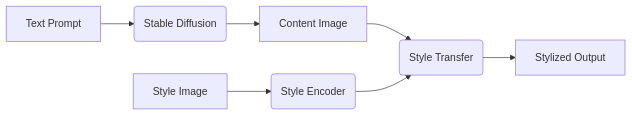
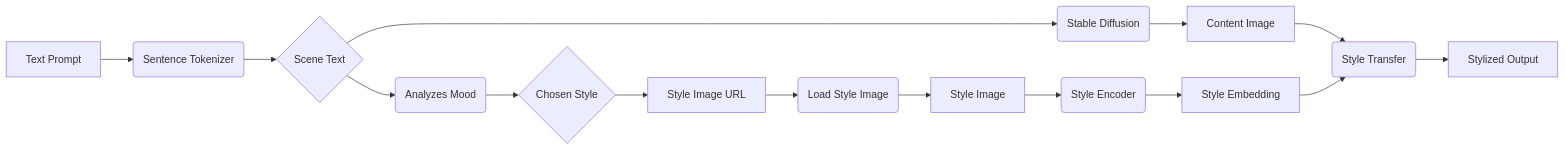
The second of 3 diagrams in Documentation.md (OutstandingWork/Neural-Style-Transfer), drawn with Mermaid before and after one commit. The commit also changed other lines of this file, not shown here.

````diff
--- a/Documentation.md
+++ b/Documentation.md
@@ -242,9 +242,18 @@
 ```mermaid
 graph LR
-    A[Text Prompt] --> B(Stable Diffusion)
-    B --> C[Content Image]
-    D[Style Image] --> E(Style Encoder)
-    C --> F(Style Transfer)
-    E --> F
-    F --> G[Stylized Output]
+    A[Text Prompt] --> B(Sentence Tokenizer)
+    B --> C{Scene Text}
+    C --> D(Analyzes Mood)
+    D --> E{Chosen Style}
+    E --> F[Style Image URL]
+    F --> G(Load Style Image)
+    G --> H[Style Image]
+    H --> I(Style Encoder)
+    I --> J[Style Embedding]
+    C --> K(Stable Diffusion)
+    K --> L[Content Image]
+    L --> M(Style Transfer)
+    J --> M
+    M --> N[Stylized Output]
+
 ```
````
